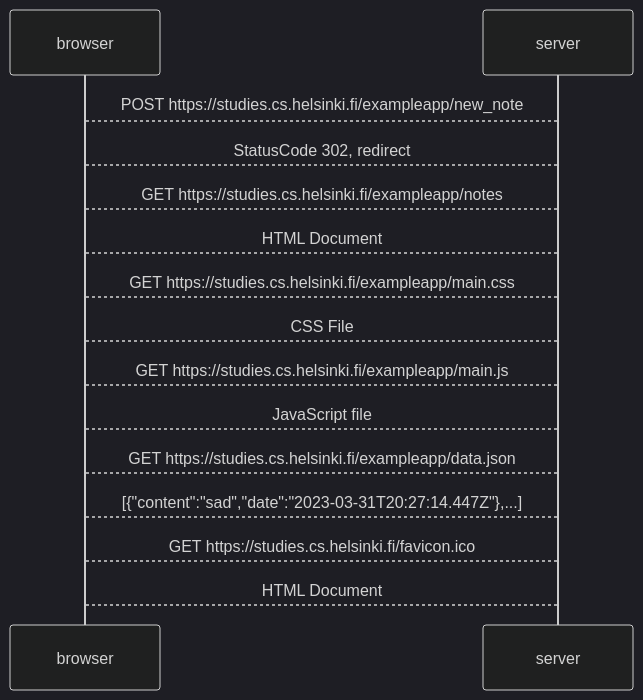
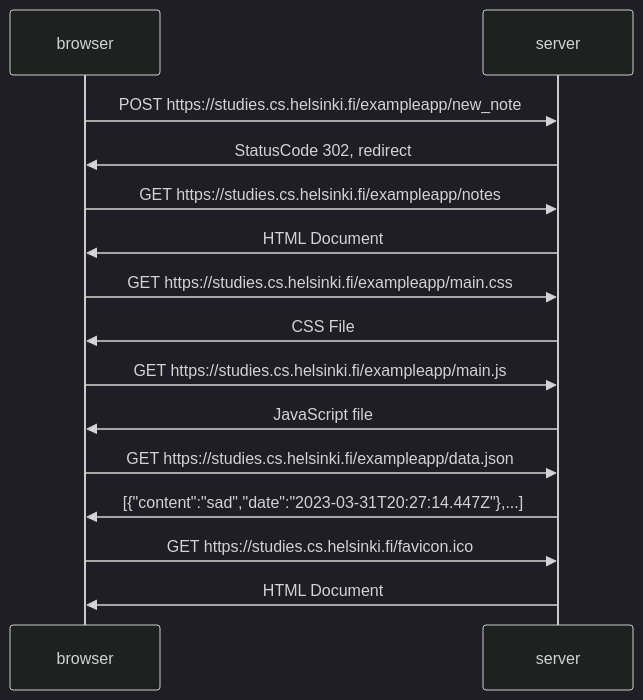
The diagram in Osa0-04.md (mikarep/FullStack-Part1), drawn with Mermaid (dark theme) before and after one commit.

````diff
--- a/Osa0-04.md
+++ b/Osa0-04.md
@@ -3,20 +3,20 @@
 ```mermaid
 sequenceDiagram;
-    browser-->server: POST https://studies.cs.helsinki.fi/exampleapp/new_note;
-    server-->browser: StatusCode 302, redirect;
+    browser->>server: POST https://studies.cs.helsinki.fi/exampleapp/new_note;
+    server->>browser: StatusCode 302, redirect;
     
-    browser-->server: GET https://studies.cs.helsinki.fi/exampleapp/notes;
-    server-->browser: HTML Document;
+    browser->>server: GET https://studies.cs.helsinki.fi/exampleapp/notes;
+    server->>browser: HTML Document;
     
-    browser-->server: GET https://studies.cs.helsinki.fi/exampleapp/main.css;
-    server-->browser: CSS File;
+    browser->>server: GET https://studies.cs.helsinki.fi/exampleapp/main.css;
+    server->>browser: CSS File;
     
-    browser-->server: GET https://studies.cs.helsinki.fi/exampleapp/main.js;
-    server-->browser: JavaScript file
+    browser->>server: GET https://studies.cs.helsinki.fi/exampleapp/main.js;
+    server->>browser: JavaScript file
     
-    browser-->server: GET https://studies.cs.helsinki.fi/exampleapp/data.json;
-    server-->browser: [{"content":"sad","date":"2023-03-31T20:27:14.447Z"},...]
+    browser->>server: GET https://studies.cs.helsinki.fi/exampleapp/data.json;
+    server->>browser: [{"content":"sad","date":"2023-03-31T20:27:14.447Z"},...]
     
-    browser-->server: GET https://studies.cs.helsinki.fi/favicon.ico;
-    server-->browser: HTML Document;
+    browser->>server: GET https://studies.cs.helsinki.fi/favicon.ico;
+    server->>browser: HTML Document;
 ```
````
